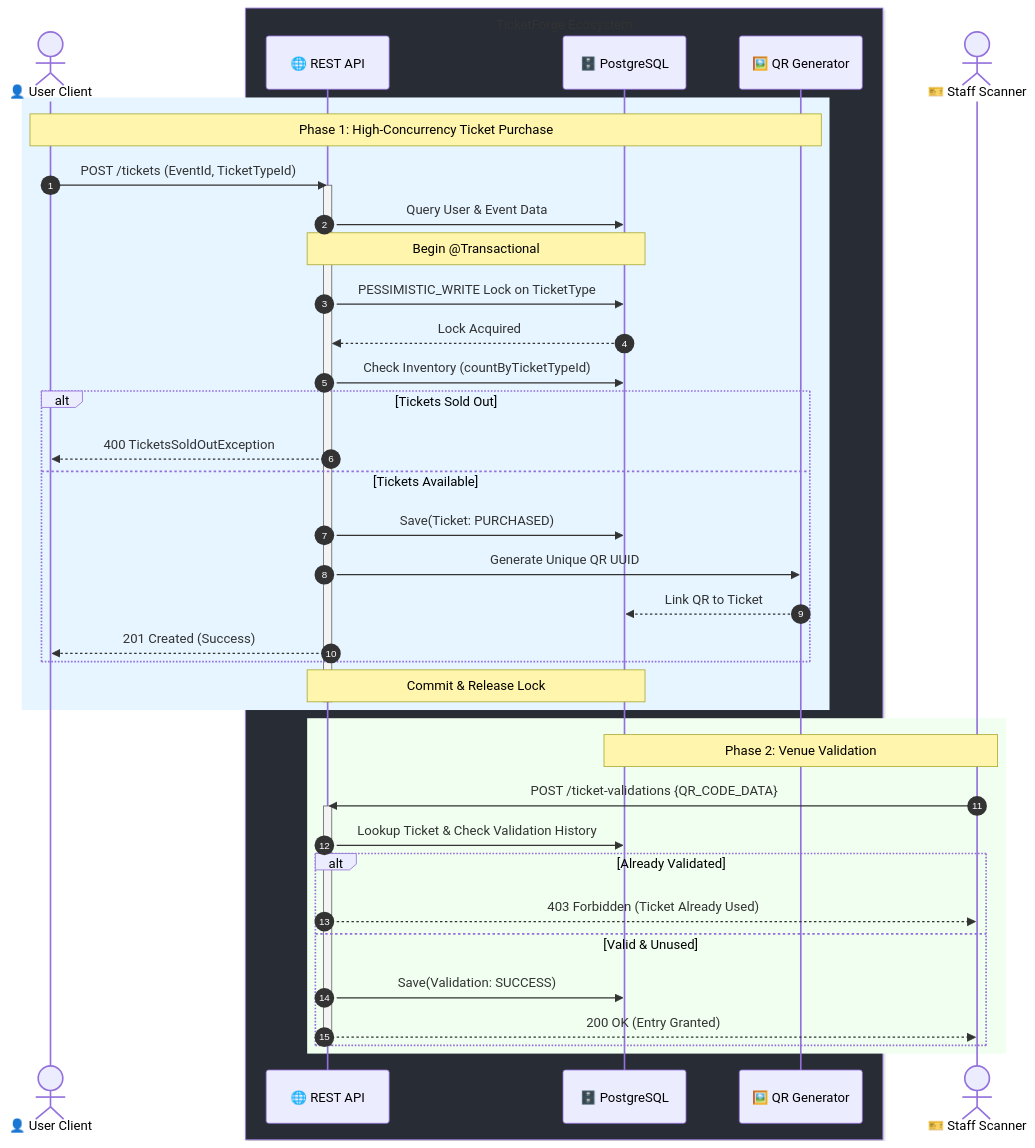
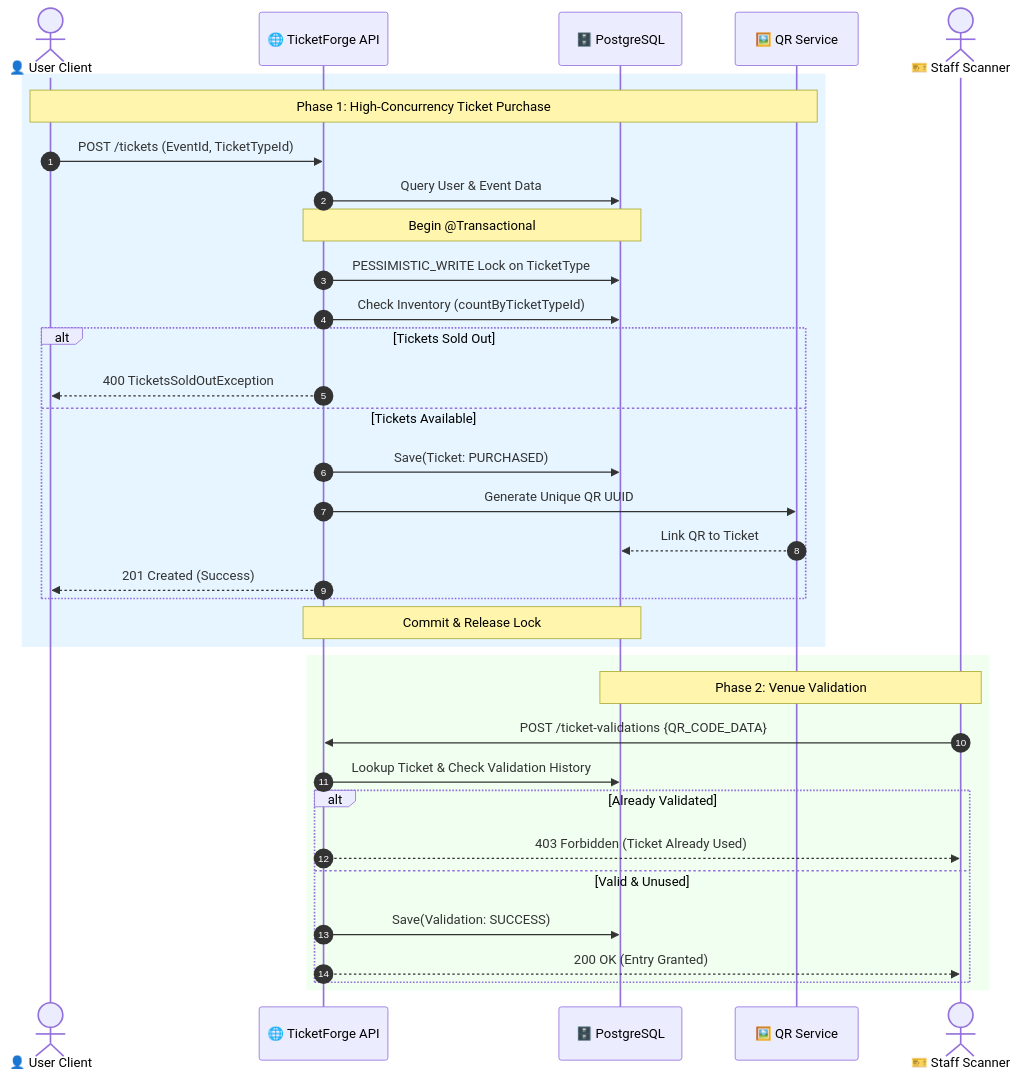
One commit to himanshugupta91/TicketForge-Event-Ticket-Platform changed the second of 5 diagrams in README.md. Above: the diagram before and after it, drawn with Mermaid. The commit also changed other lines of this file, not shown here.

Commit message:
docs: fix Mermaid diagram syntax errors and improve layout

````diff
--- a/README.md
+++ b/README.md
@@ -148,54 +145,44 @@
 ```mermaid
 sequenceDiagram
     autonumber
     
     actor U as 👤 User Client
-    box rgb(40, 44, 52) TicketForge Ecosystem
-        participant API as 🌐 REST API
-        participant DB as 🗄️ PostgreSQL
-        participant QR as 🖼️ QR Generator
-    end
+    participant API as 🌐 TicketForge API
+    participant DB as 🗄️ PostgreSQL
+    participant QR as 🖼️ QR Service
     actor S as 🎫 Staff Scanner
 
     rect rgb(230, 245, 255)
     Note over U,QR: Phase 1: High-Concurrency Ticket Purchase
     
     U->>API: POST /tickets (EventId, TicketTypeId)
-    activate API
-    
     API->>DB: Query User & Event Data
-    
     Note over API,DB: Begin @Transactional
     API->>DB: PESSIMISTIC_WRITE Lock on TicketType
-    DB-->>API: Lock Acquired
     API->>DB: Check Inventory (countByTicketTypeId)
     
     alt Tickets Sold Out
         API-->>U: 400 TicketsSoldOutException
     else Tickets Available
         API->>DB: Save(Ticket: PURCHASED)
         API->>QR: Generate Unique QR UUID
         QR-->>DB: Link QR to Ticket
         API-->>U: 201 Created (Success)
     end
     Note over API,DB: Commit & Release Lock
-    deactivate API
     end
 
     rect rgb(240, 255, 240)
     Note over S,DB: Phase 2: Venue Validation
     
     S->>API: POST /ticket-validations {QR_CODE_DATA}
-    activate API
-    
     API->>DB: Lookup Ticket & Check Validation History
     
     alt Already Validated
         API-->>S: 403 Forbidden (Ticket Already Used)
     else Valid & Unused
         API->>DB: Save(Validation: SUCCESS)
         API-->>S: 200 OK (Entry Granted)
     end
-    deactivate API
     end
 ```
````
